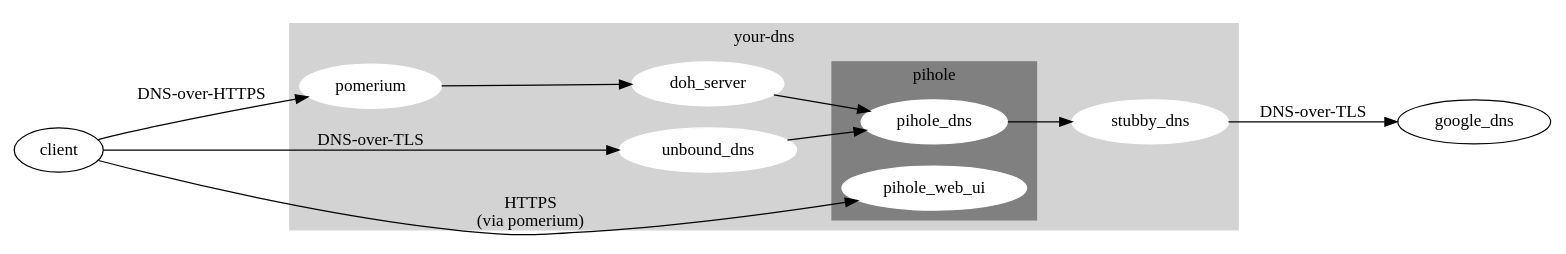
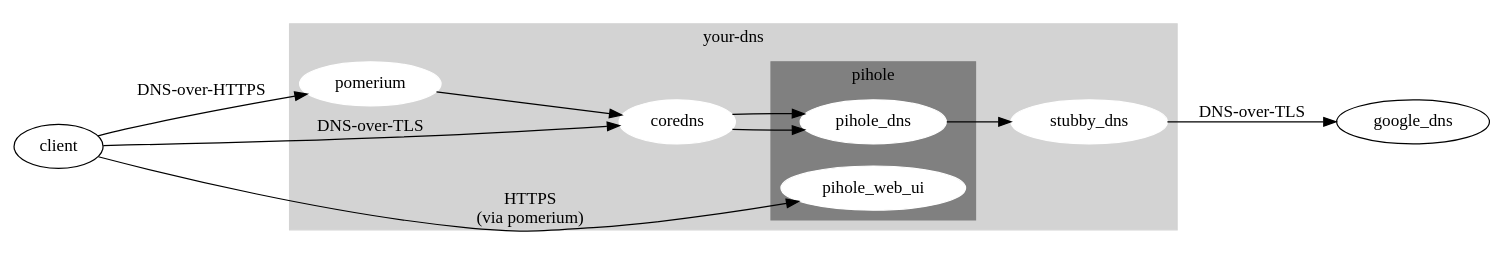
Before and after one commit to yegle/your-dns: the diagram in graph.dot, drawn with Graphviz. The commit also changed 4 other files, not shown here.

Commit message:
Replace unbound+doh-server with CoreDNS.

```diff
--- a/graph.dot
+++ b/graph.dot
@@ -1,23 +1,23 @@
 digraph G {
   rankdir=LR;
   subgraph cluster_0 {
     style=filled;
     color=lightgrey;
     node [style=filled,color=white];
-    pomerium -> doh_server -> pihole_dns;
-    unbound_dns -> pihole_dns
+    pomerium -> coredns -> pihole_dns;
+    coredns -> pihole_dns
     pihole_dns -> stubby_dns;
     label = "your-dns";
     subgraph cluster_1 {
         style=filled;
         color=grey;
         label="pihole"
         pihole_dns;
         pihole_web_ui;
     }
   }
   client -> pomerium [label="DNS-over-HTTPS"];
   client -> pihole_web_ui [label="HTTPS\n(via pomerium)"];
-  client -> unbound_dns [label="DNS-over-TLS"];
+  client -> coredns [label="DNS-over-TLS"];
   stubby_dns -> google_dns [label="DNS-over-TLS"];
 }
```
